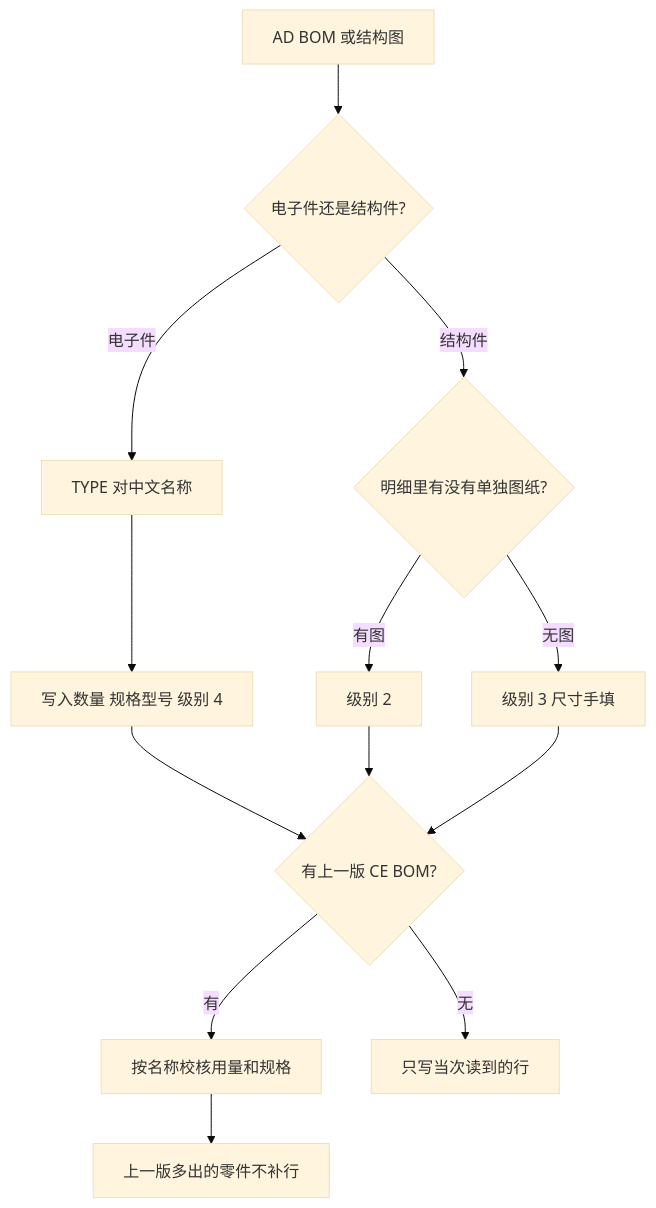
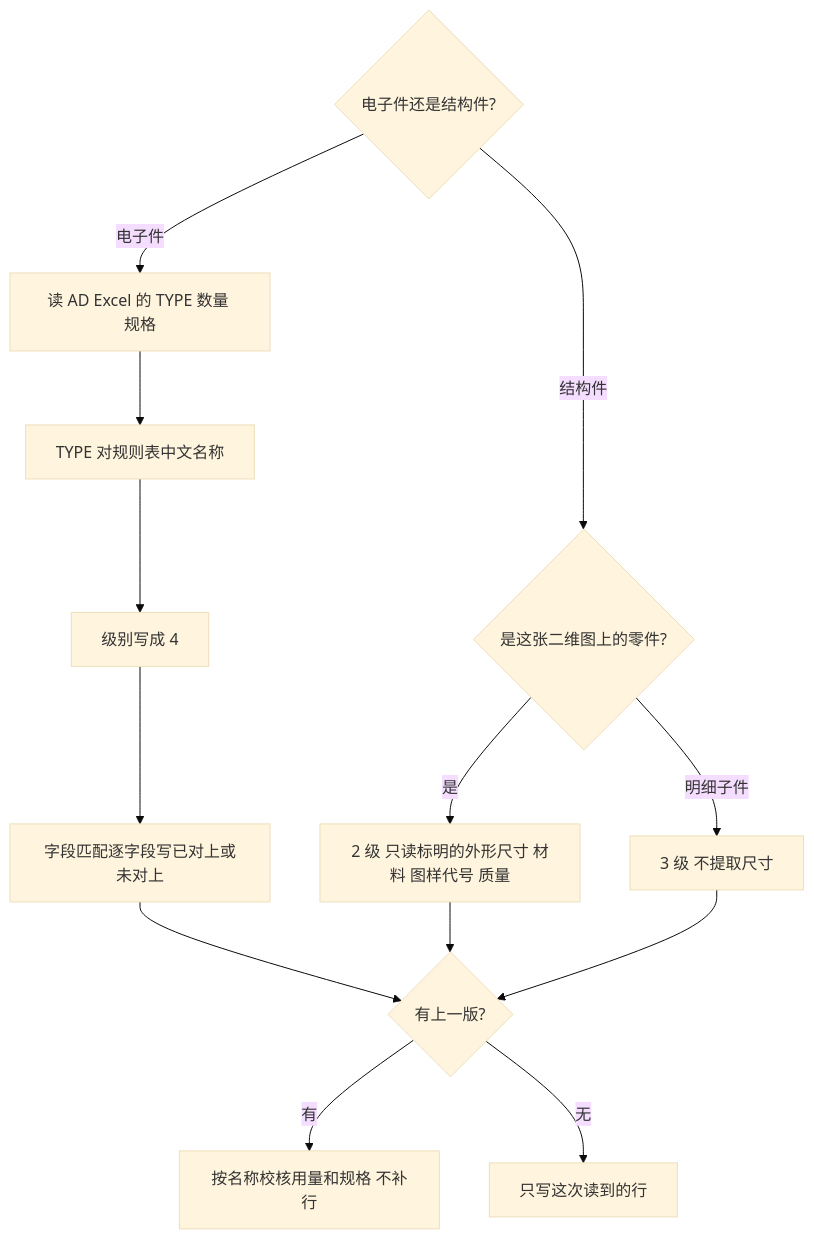
The third of 4 diagrams in docs/出表流程.md (wang049/qibiao), drawn with Mermaid (base theme) before and after one commit. The commit also changed other lines of this file and 30 other files, not shown here.

Commit message:
有原理图时按 DHTE400 发布稿归档，只改对上的格子并保持原表能直接用。ICD 在原表写明和上一版的关系，流程图按实际出表步骤写清。

````diff
--- a/docs/出表流程.md
+++ b/docs/出表流程.md
@@ -46,15 +53,15 @@
 ```mermaid
 flowchart TD
-  A[AD BOM 或结构图] --> B{电子件还是结构件?}
-  B -->|电子件| C[TYPE 对中文名称]
-  C --> D[写入数量 规格型号 级别 4]
-  B -->|结构件| E{明细里有没有单独图纸?}
-  E -->|有图| F[级别 2]
-  E -->|无图| G[级别 3 尺寸手填]
-  D --> H{有上一版 CE BOM?}
-  F --> H
-  G --> H
-  H -->|有| I[按名称校核用量和规格]
-  I --> J[上一版多出的零件不补行]
-  H -->|无| K[只写当次读到的行]
+  A{电子件还是结构件?} -->|电子件| B[读 AD Excel 的 TYPE 数量 规格]
+  B --> C[TYPE 对规则表中文名称]
+  C --> D[级别写成 4]
+  D --> E[字段匹配逐字段写已对上或未对上]
+  A -->|结构件| F{是这张二维图上的零件?}
+  F -->|是| G[2 级 只读标明的外形尺寸 材料 图样代号 质量]
+  F -->|明细子件| H[3 级 不提取尺寸]
+  E --> I{有上一版?}
+  G --> I
+  H --> I
+  I -->|有| J[按名称校核用量和规格 不补行]
+  I -->|无| K[只写这次读到的行]
 ```
````
